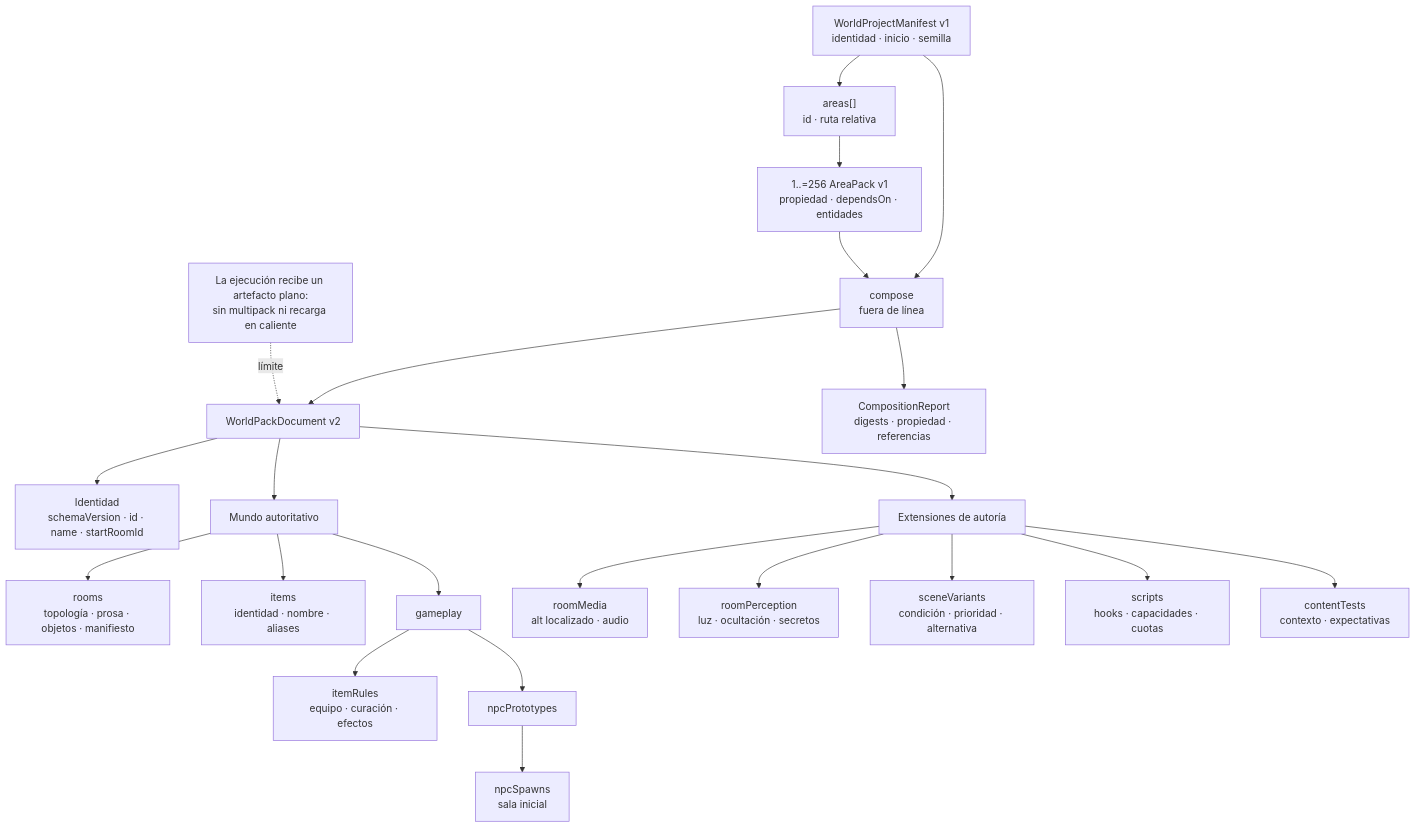
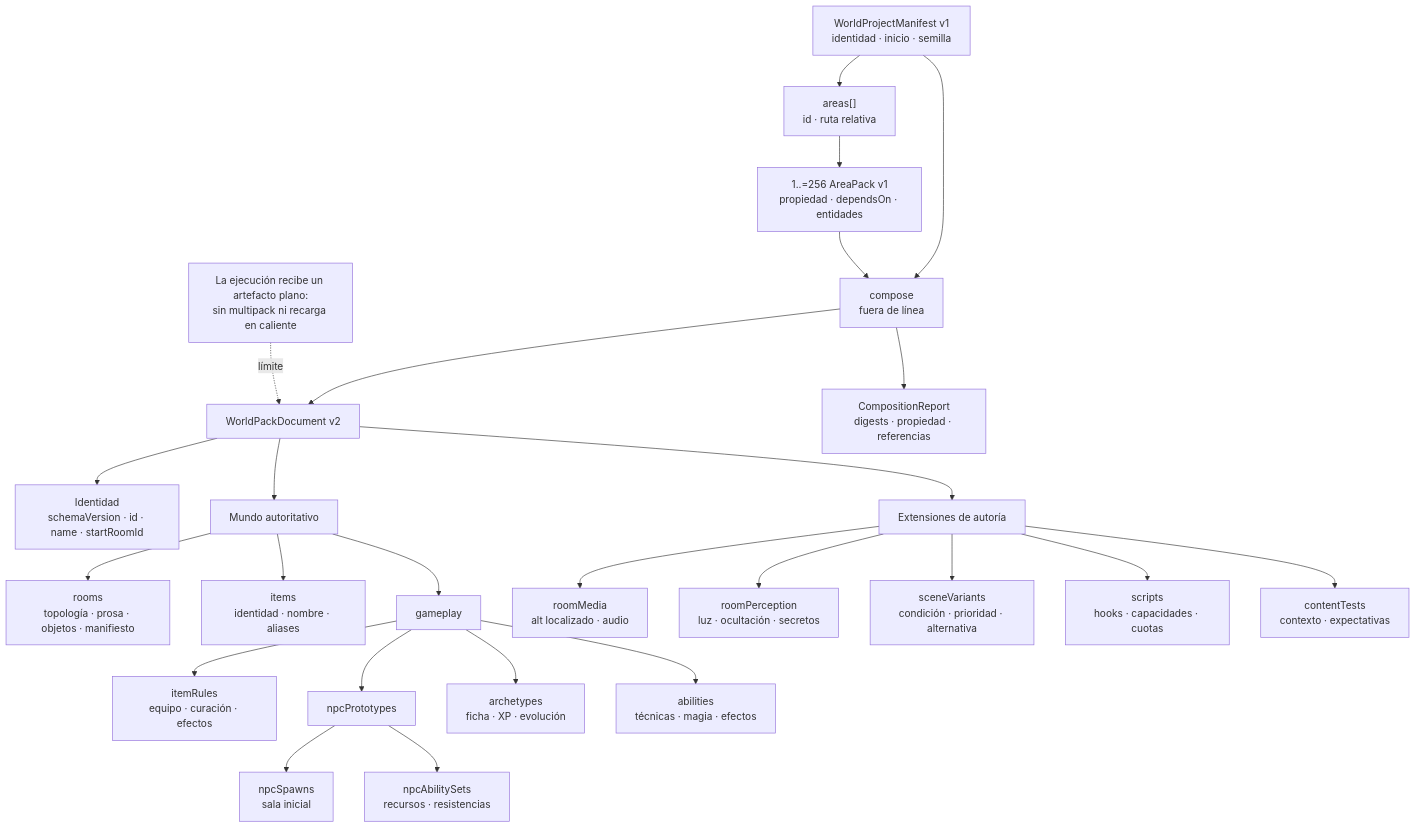
Before and after one commit to hyukudan/tiamud: the first of 3 diagrams in docs/world-authoring.md, drawn with Mermaid. The commit also changed other lines of this file and 40 other files, not shown here.

````diff
--- a/docs/world-authoring.md
+++ b/docs/world-authoring.md
@@ -43,31 +43,34 @@
 ```mermaid
 flowchart TB
     accTitle: Anatomía del artefacto WorldPack que consume Tiamud
     accDescr: Un documento v2 reúne identidad, salas, objetos y juego junto con las extensiones de multimedia, percepción, variantes, scripts y pruebas.
 
     P["WorldProjectManifest v1<br/>identidad · inicio · semilla"] --> E["areas[]<br/>id · ruta relativa"]
     E --> AP["1..=256 AreaPack v1<br/>propiedad · dependsOn · entidades"]
     P --> C["compose<br/>fuera de línea"]
     AP --> C
     C --> D
     C --> CR["CompositionReport<br/>digests · propiedad · referencias"]
     D["WorldPackDocument v2"]
     D --> M["Identidad<br/>schemaVersion · id · name · startRoomId"]
     D --> W["Mundo autoritativo"]
     D --> A["Extensiones de autoría"]
 
     W --> R["rooms<br/>topología · prosa · objetos · manifiesto"]
     W --> I["items<br/>identidad · nombre · aliases"]
     W --> G["gameplay"]
     G --> IR["itemRules<br/>equipo · curación · efectos"]
     G --> NP["npcPrototypes"]
     NP --> NS["npcSpawns<br/>sala inicial"]
+    G --> AR["archetypes<br/>ficha · XP · evolución"]
+    G --> AB["abilities<br/>técnicas · magia · efectos"]
+    NP --> NA["npcAbilitySets<br/>recursos · resistencias"]
 
     A --> RM["roomMedia<br/>alt localizado · audio"]
     A --> RP["roomPerception<br/>luz · ocultación · secretos"]
     A --> SV["sceneVariants<br/>condición · prioridad · alternativa"]
     A --> SC["scripts<br/>hooks · capacidades · cuotas"]
     A --> CT["contentTests<br/>contexto · expectativas"]
 
     L["La ejecución recibe un artefacto plano:<br/>sin multipack ni recarga en caliente"] -. límite .-> D
 ```
````
